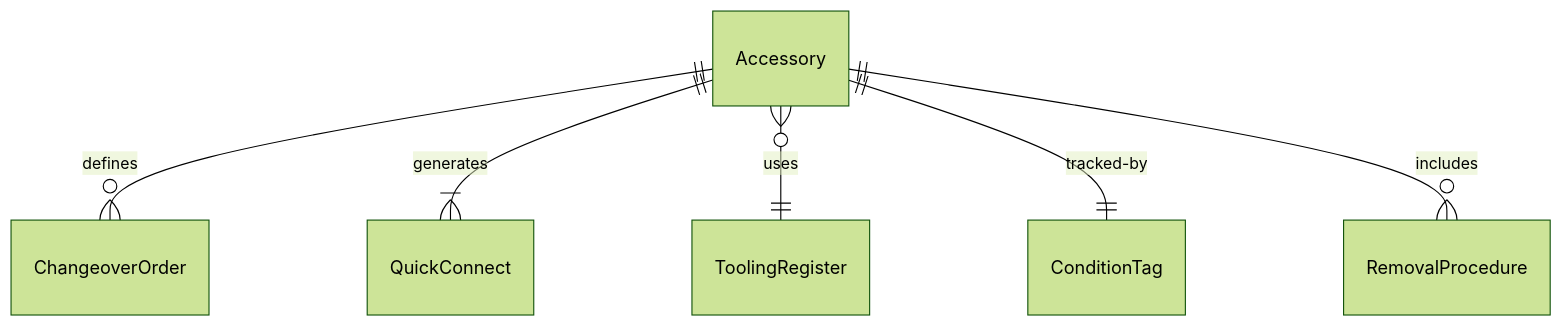
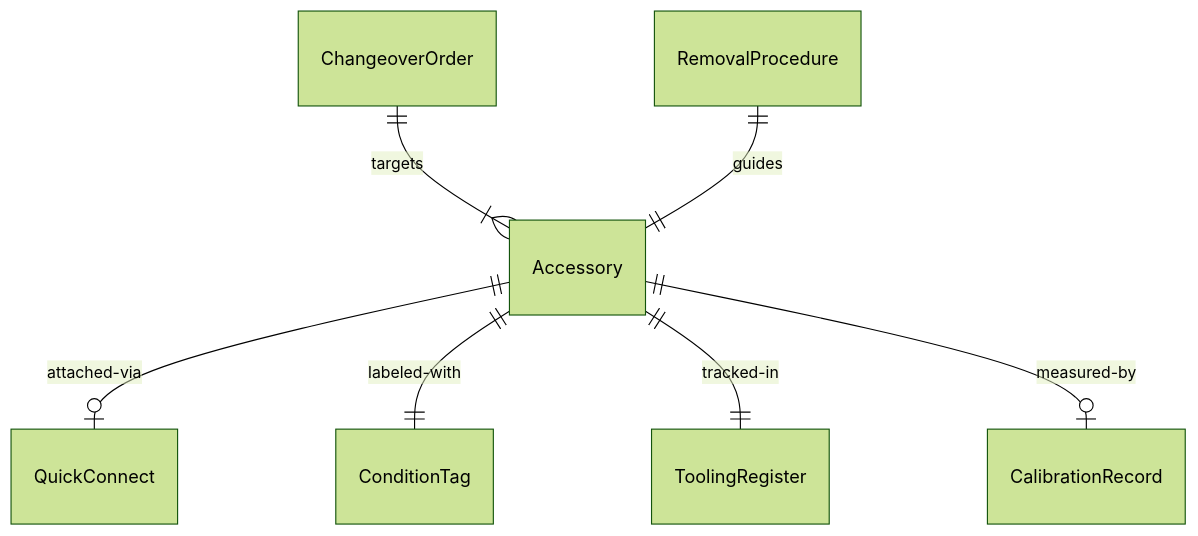
The first of 4 diagrams in HandlingAndMovingObjects/DisassembleEquipment/RemoveAccessoriesToolsPartsEquipment.mdx (dot-org-ai/tasks.org.ai), drawn with Mermaid (forest theme) before and after one commit. The commit also changed other lines of this file and 515 other files, not shown here.

````diff
--- a/HandlingAndMovingObjects/DisassembleEquipment/RemoveAccessoriesToolsPartsEquipment.mdx
+++ b/HandlingAndMovingObjects/DisassembleEquipment/RemoveAccessoriesToolsPartsEquipment.mdx
@@ -89,8 +89,9 @@
 ```mermaid
 erDiagram
-    Accessory ||--o{ ChangeoverOrder : "defines"
-    Accessory ||--|{ QuickConnect : "generates"
-    Accessory }o--|| ToolingRegister : "uses"
-    Accessory ||--|| ConditionTag : "tracked-by"
-    Accessory ||--o{ RemovalProcedure : "includes"
+    ChangeoverOrder ||--|{ Accessory : "targets"
+    Accessory ||--o| QuickConnect : "attached-via"
+    Accessory ||--|| ConditionTag : "labeled-with"
+    Accessory ||--|| ToolingRegister : "tracked-in"
+    RemovalProcedure ||--|| Accessory : "guides"
+    Accessory ||--o| CalibrationRecord : "measured-by"
 ```
````
